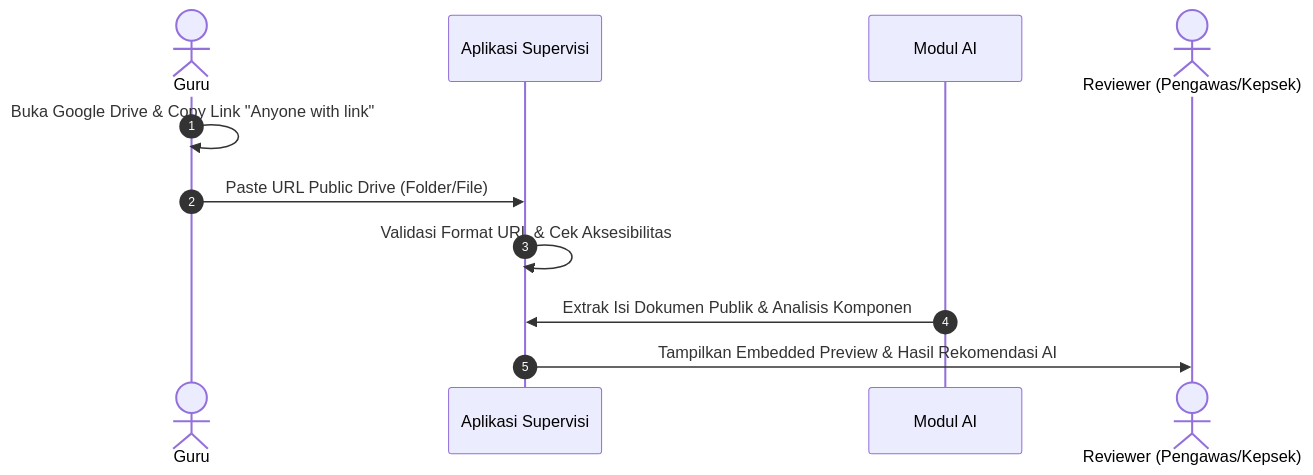
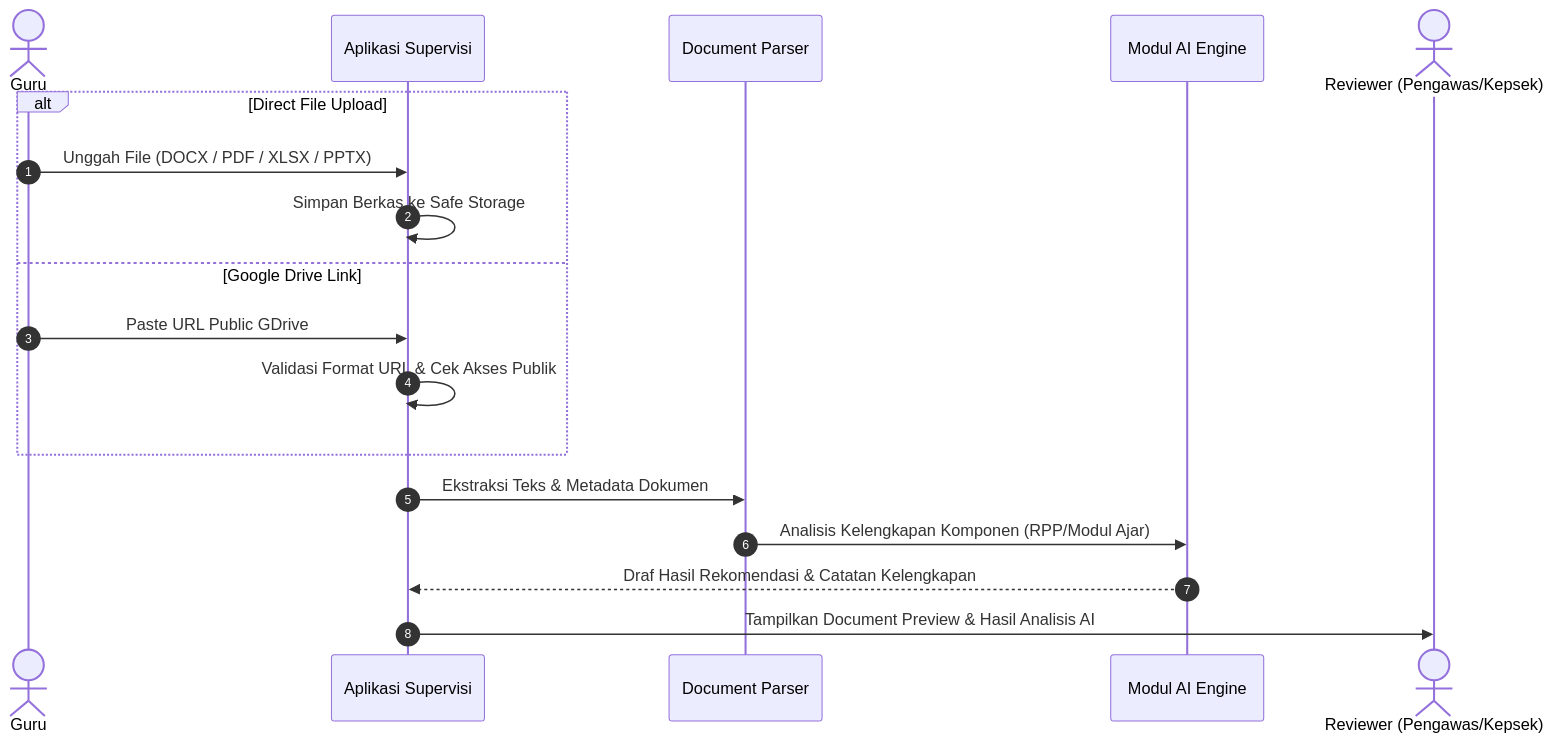
The second of 2 diagrams in docs/06-integrasi-google-drive.md (Hnzsama/supervisi_sekolah), drawn with Mermaid before and after one commit. The commit also changed other lines of this file and 13 other files, not shown here.

Commit message:
docs: perbarui dokumentasi upload berkas multiformat dan alur pendaftaran user via email invitation

````diff
--- a/docs/06-integrasi-google-drive.md
+++ b/docs/06-integrasi-google-drive.md
@@ -21,14 +30,22 @@
 ```mermaid
 sequenceDiagram
     autonumber
     actor G as Guru
     participant APP as Aplikasi Supervisi
-    participant AI as Modul AI
+    participant PARSER as Document Parser
+    participant AI as Modul AI Engine
     actor R as Reviewer (Pengawas/Kepsek)
 
-    G->>G: Buka Google Drive & Copy Link "Anyone with link"
-    G->>APP: Paste URL Public Drive (Folder/File)
-    APP->>APP: Validasi Format URL & Cek Aksesibilitas
-    AI->>APP: Extrak Isi Dokumen Publik & Analisis Komponen
-    APP->>R: Tampilkan Embedded Preview & Hasil Rekomendasi AI
+    alt Direct File Upload
+        G->>APP: Unggah File (DOCX / PDF / XLSX / PPTX)
+        APP->>APP: Simpan Berkas ke Safe Storage
+    else Google Drive Link
+        G->>APP: Paste URL Public GDrive
+        APP->>APP: Validasi Format URL & Cek Akses Publik
+    end
+
+    APP->>PARSER: Ekstraksi Teks & Metadata Dokumen
+    PARSER->>AI: Analisis Kelengkapan Komponen (RPP/Modul Ajar)
+    AI-->>APP: Draf Hasil Rekomendasi & Catatan Kelengkapan
+    APP->>R: Tampilkan Document Preview & Hasil Analisis AI
 ```
````
